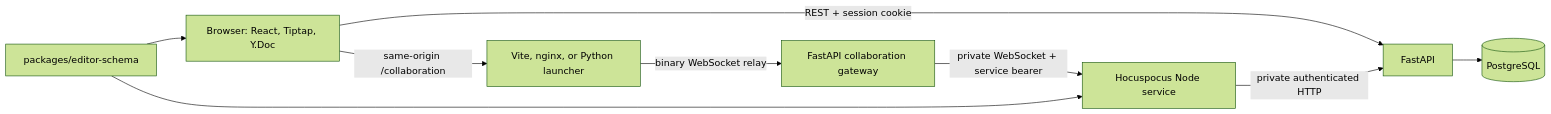
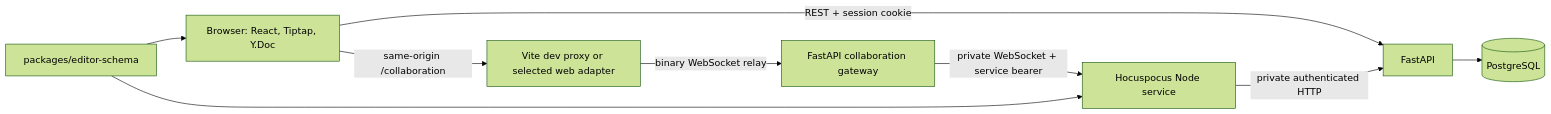
Before and after one commit to BZandi/inqtrix: the first of 2 diagrams in docs/architecture/editor-collaboration.md, drawn with Mermaid (forest theme). The commit also changed other lines of this file and 1064 other files, not shown here.

First line of the commit message:
feat: Inqtrix v0.2.0.5 — guest links & team comments, verified knowledge provenance, durable operations, Python web edge, tracing & usage ledger

````diff
--- a/docs/architecture/editor-collaboration.md
+++ b/docs/architecture/editor-collaboration.md
@@ -31,11 +30,11 @@
 ```mermaid
 flowchart LR
     browser["Browser: React, Tiptap, Y.Doc"] -->|"REST + session cookie"| api["FastAPI"]
-    browser -->|"same-origin /collaboration"| proxy["Vite, nginx, or Python launcher"]
+    browser -->|"same-origin /collaboration"| proxy["Vite dev proxy or selected web adapter"]
     proxy -->|"binary WebSocket relay"| gateway["FastAPI collaboration gateway"]
     gateway -->|"private WebSocket + service bearer"| node["Hocuspocus Node service"]
     node -->|"private authenticated HTTP"| api
     api --> postgres[("PostgreSQL")]
     schema["packages/editor-schema"] --> browser
     schema --> node
 ```
````
